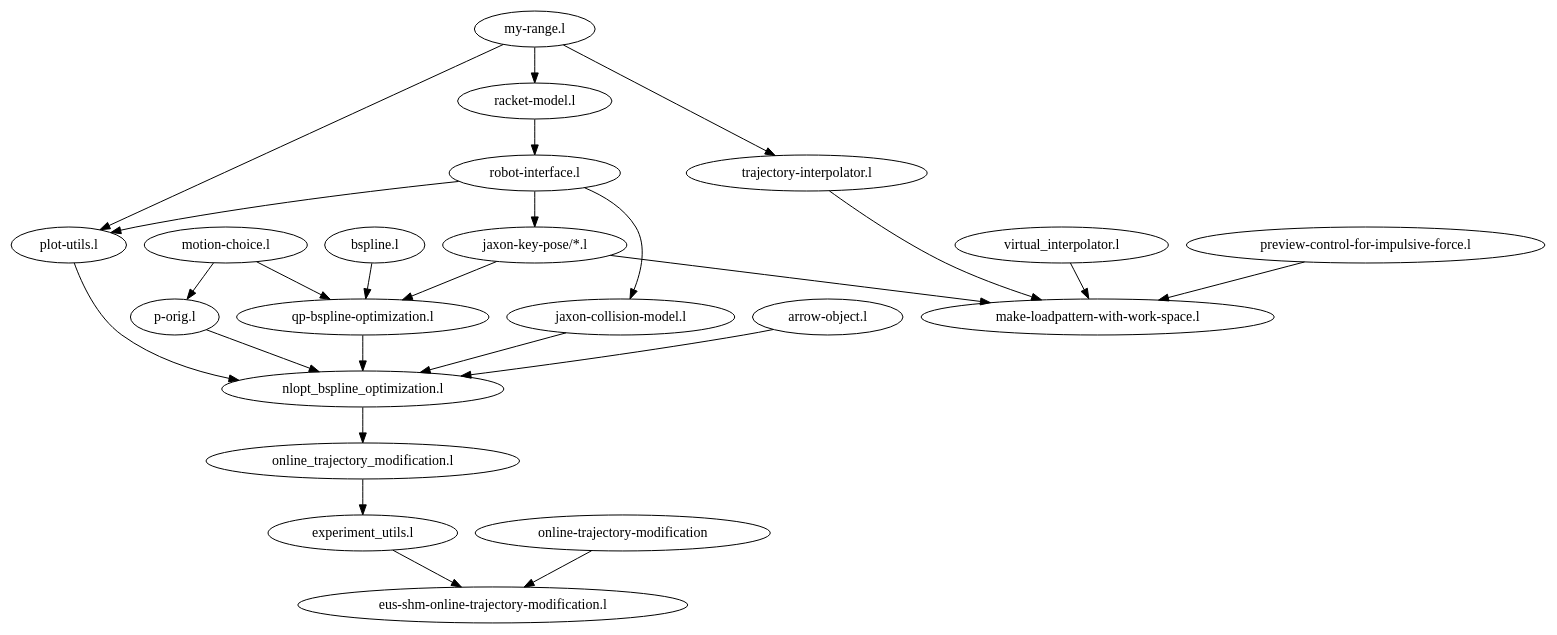
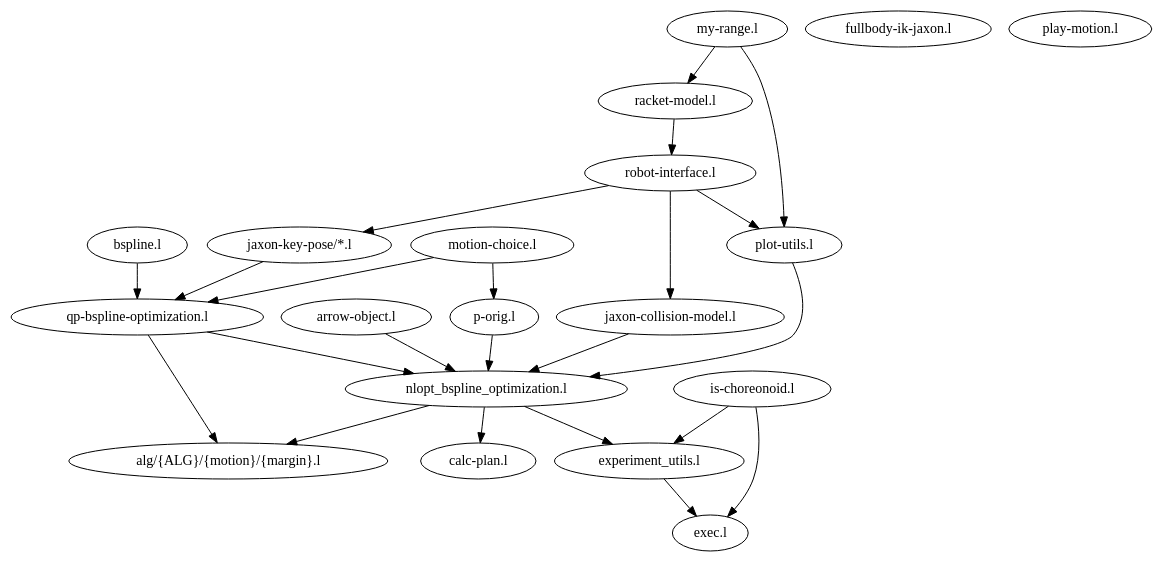
The diagram in misc/euslisp-relation.dot (yudaissei22/tennis), drawn with Graphviz before and after one commit. The commit also changed 16 other files, not shown here.

```diff
--- a/misc/euslisp-relation.dot
+++ b/misc/euslisp-relation.dot
@@ -1,64 +1,58 @@
 digraph g{
+    "alg/{ALG}/{motion}/{margin}.l";
+    "bspline.l";
+    "calc-plan.l";
+    "exec.l";
+    "experiment_utils.l";
+    "fullbody-ik-jaxon.l";
     "p-orig.l";
     "my-range.l";
-    "bspline.l";
     "racket-model.l";
     "arrow-object.l";
-    "eus-shm-online-trajectory-modification.l";
-    "experiment_utils.l";
+    "is-choreonoid.l";
+    "play-motion.l";
     "jaxon-collision-model.l";
     "jaxon-key-pose/*.l";
-    "make-loadpattern-with-work-space.l";
     "motion-choice.l";
     "nlopt_bspline_optimization.l";
-    "online-trajectory-modification";
-    "online_trajectory_modification.l";
     "plot-utils.l";
-    "preview-control-for-impulsive-force.l";
     "qp-bspline-optimization.l";
     "robot-interface.l";
-    "trajectory-interpolator.l";
-    "virtual_interpolator.l";
+    // "*eiquadprog.l";
     // "*motion-lib-proposal.l";
     // "*walk-motion.l";
     // "*gnuplotlib.l";
     // "*jaxon-interface.l";
-    // "*eiquadprog.l";
     // "*eus-qpoases.l";
     // "*qp-inverse-kinematics.l";
     // "nlopt.l";
+    "qp-bspline-optimization.l" -> "alg/{ALG}/{motion}/{margin}.l";
+    "nlopt_bspline_optimization.l" -> "alg/{ALG}/{motion}/{margin}.l";
+    // "*eiquadprog.l" -> "bspline.l";
+    "nlopt_bspline_optimization.l" -> "calc-plan.l";
+    // "*gnuplotlib.l" -> "calc-plan.l";
+    "is-choreonoid.l" -> "experiment_utils.l";
+    "is-choreonoid.l" -> "exec.l";
     "my-range.l" -> "plot-utils.l";
-    "my-range.l" -> "trajectory-interpolator.l";
     "my-range.l" -> "racket-model.l";
     "robot-interface.l" -> "plot-utils.l";
     "arrow-object.l" -> "nlopt_bspline_optimization.l";
-    "experiment_utils.l" -> "eus-shm-online-trajectory-modification.l";
-    "online-trajectory-modification" -> "eus-shm-online-trajectory-modification.l";
-    "online_trajectory_modification.l" -> "experiment_utils.l";
     "motion-choice.l" -> "p-orig.l";
     "motion-choice.l" -> "qp-bspline-optimization.l";
     "p-orig.l" -> "nlopt_bspline_optimization.l";
     "robot-interface.l" -> "jaxon-key-pose/*.l";
     "racket-model.l" -> "robot-interface.l";
-    "virtual_interpolator.l" -> "make-loadpattern-with-work-space.l";
-    "trajectory-interpolator.l" -> "make-loadpattern-with-work-space.l";
-    "preview-control-for-impulsive-force.l" -> "make-loadpattern-with-work-space.l";
-    "jaxon-key-pose/*.l" -> "make-loadpattern-with-work-space.l";
     "plot-utils.l" -> "nlopt_bspline_optimization.l";
     "qp-bspline-optimization.l" -> "nlopt_bspline_optimization.l";
     "jaxon-collision-model.l" -> "nlopt_bspline_optimization.l";
     "robot-interface.l" -> "jaxon-collision-model.l";
-    "nlopt_bspline_optimization.l" -> "online_trajectory_modification.l";
     "bspline.l" -> "qp-bspline-optimization.l";
     "jaxon-key-pose/*.l" -> "qp-bspline-optimization.l";
-    // "*gnuplotlib.l" -> "virtual_interpolator.l";
-    // "*eiquadprog.l" -> "bspline.l";
-    // "*qp-inverse-kinematics.l" -> "make-loadpattern-with-work-space.l";
+    "experiment_utils.l" -> "exec.l";
+    "nlopt_bspline_optimization.l" -> "experiment_utils.l";
     // "*jaxon-interface.l" -> "motion-choice.l";
     // "*motion-lib-proposal.l" -> "plot-utils.l";
     // "*gnuplotlib.l" -> "plot-utils.l";
-    // "*gnuplotlib.l" -> "preview-control-for-impulsive-force.l";
-    // "*walk-motion.l" -> "preview-control-for-impulsive-force.l";
     // "*eus-qpoases.l" -> "qp-bspline-optimization.l";
     // "nlopt.l" -> "nlopt_bspline_optimization.l";
 }
```
